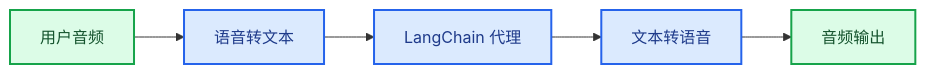
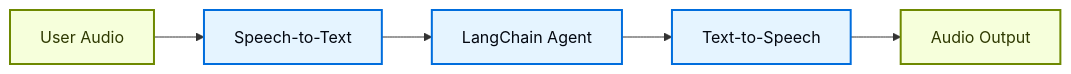
The first of 2 diagrams in oss/javascript/langchain/voice-agent.mdx (kunfan96/cndocs-langchain), drawn with Mermaid before and after one commit. The commit also changed other lines of this file and 2538 other files, not shown here.

````diff
--- a/oss/javascript/langchain/voice-agent.mdx
+++ b/oss/javascript/langchain/voice-agent.mdx
@@ -37,13 +37,13 @@
 ```mermaid
 flowchart LR
-    A[用户音频] --> B[语音转文本]
-    B --> C[LangChain 代理]
-    C --> D[文本转语音]
-    D --> E[音频输出]
+    A[User Audio] --> B[Speech-to-Text]
+    B --> C[LangChain Agent]
+    C --> D[Text-to-Speech]
+    D --> E[Audio Output]
 
-    classDef trigger fill:#DCFCE7,stroke:#16A34A,stroke-width:2px,color:#14532D
-    classDef process fill:#DBEAFE,stroke:#2563EB,stroke-width:2px,color:#1E3A8A
+    classDef trigger fill:#F6FFDB,stroke:#6E8900,stroke-width:2px,color:#2E3900
+    classDef process fill:#E5F4FF,stroke:#006DDD,stroke-width:2px,color:#030710
 
     class A,E trigger
     class B,C,D process
 ```
````
